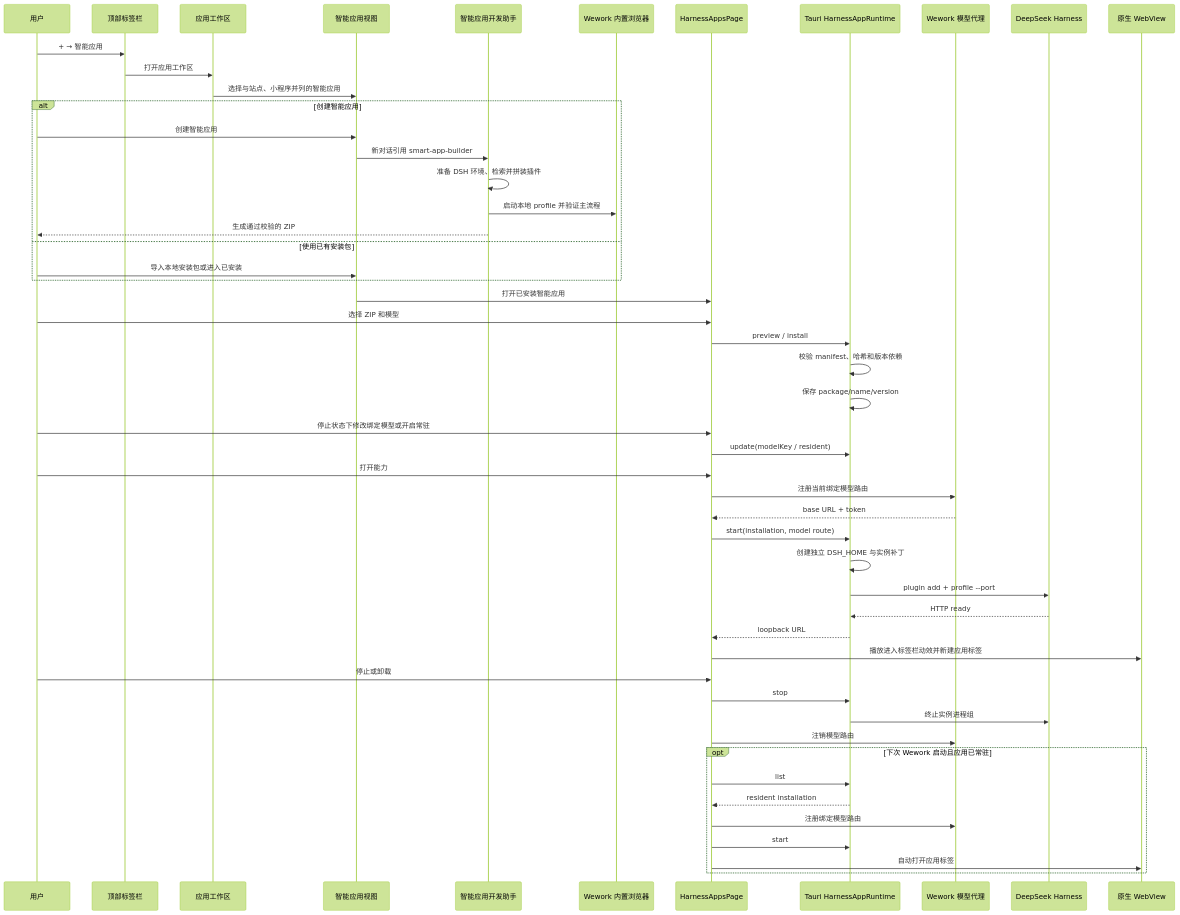
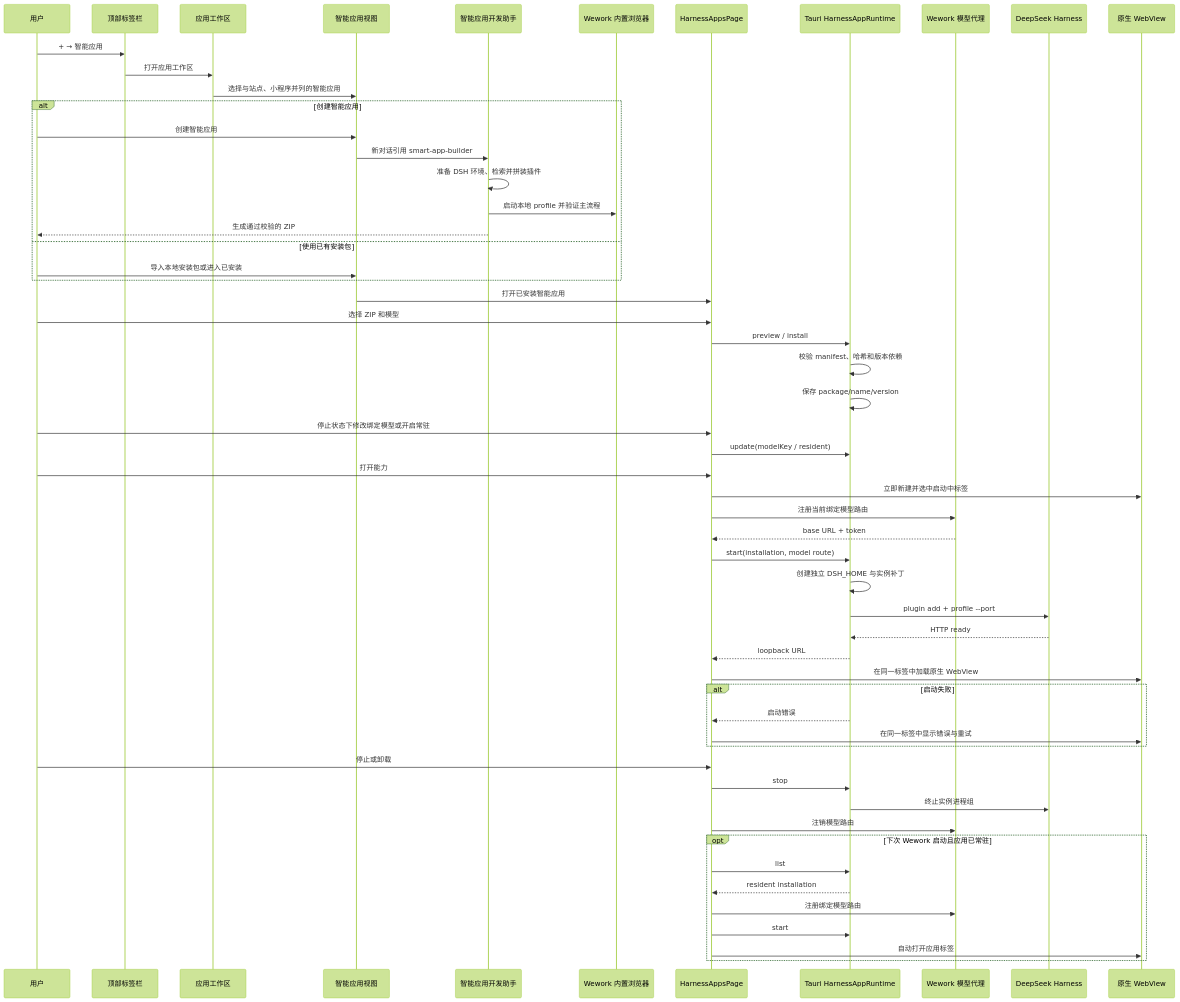
One commit to wecode-ai/Wegent changed the second of 2 diagrams in docs/zh/architecture/deepseek-harness-apps.md. Above: the diagram before and after it, drawn with Mermaid (forest theme). The commit also changed other lines of this file and 16 other files, not shown here.

````diff
--- a/docs/zh/architecture/deepseek-harness-apps.md
+++ b/docs/zh/architecture/deepseek-harness-apps.md
@@ -47,55 +54,60 @@
 ```mermaid
 sequenceDiagram
     participant U as 用户
     participant C as 顶部标签栏
     participant A as 应用工作区
     participant M as 智能应用视图
     participant B as 智能应用开发助手
     participant WB as Wework 内置浏览器
     participant UI as HarnessAppsPage
     participant T as Tauri HarnessAppRuntime
     participant P as Wework 模型代理
     participant D as DeepSeek Harness
     participant W as 原生 WebView
 
     U->>C: + → 智能应用
     C->>A: 打开应用工作区
     A->>M: 选择与站点、小程序并列的智能应用
     alt 创建智能应用
         U->>M: 创建智能应用
         M->>B: 新对话引用 smart-app-builder
         B->>B: 准备 DSH 环境、检索并拼装插件
         B->>WB: 启动本地 profile 并验证主流程
         B-->>U: 生成通过校验的 ZIP
     else 使用已有安装包
         U->>M: 导入本地安装包或进入已安装
     end
     M->>UI: 打开已安装智能应用
     U->>UI: 选择 ZIP 和模型
     UI->>T: preview / install
     T->>T: 校验 manifest、哈希和版本依赖
     T->>T: 保存 package/name/version
     U->>UI: 停止状态下修改绑定模型或开启常驻
     UI->>T: update(modelKey / resident)
     U->>UI: 打开能力
+    UI->>W: 立即新建并选中启动中标签
     UI->>P: 注册当前绑定模型路由
     P-->>UI: base URL + token
     UI->>T: start(installation, model route)
     T->>T: 创建独立 DSH_HOME 与实例补丁
     T->>D: plugin add + profile --port
     D-->>T: HTTP ready
     T-->>UI: loopback URL
-    UI->>W: 播放进入标签栏动效并新建应用标签
+    UI->>W: 在同一标签中加载原生 WebView
+    alt 启动失败
+        T-->>UI: 启动错误
+        UI->>W: 在同一标签中显示错误与重试
+    end
     U->>UI: 停止或卸载
     UI->>T: stop
     T->>D: 终止实例进程组
     UI->>P: 注销模型路由
 
     opt 下次 Wework 启动且应用已常驻
         UI->>T: list
         T-->>UI: resident installation
         UI->>P: 注册绑定模型路由
         UI->>T: start
         UI->>W: 自动打开应用标签
     end
 ```
````
